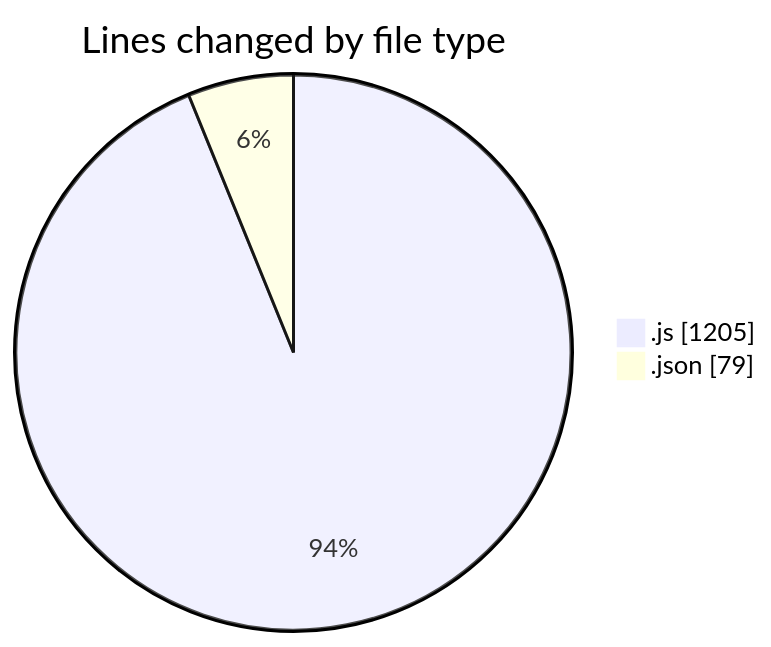
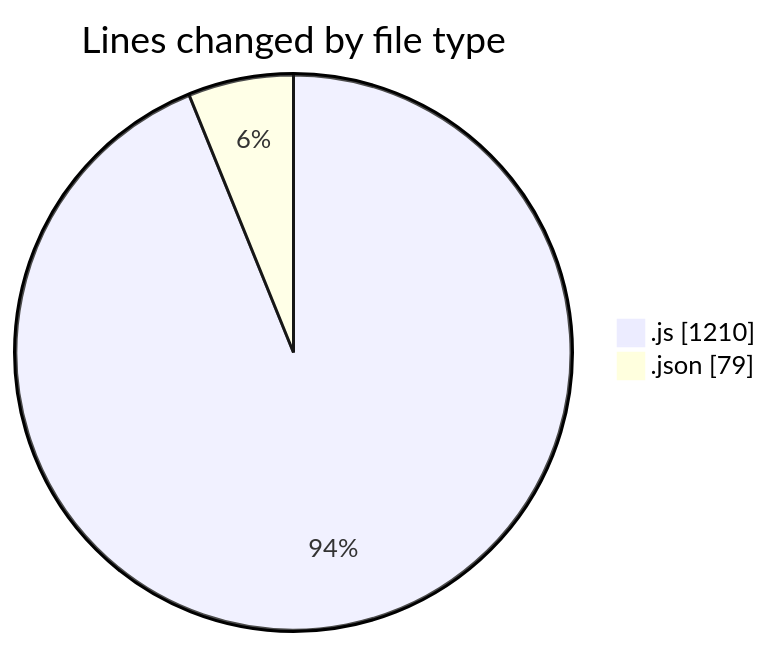
The first of 2 diagrams in 2025-01-31/cda/README.md (momahboobian/code-tracking), drawn with Mermaid before and after one commit. The commit also changed other lines of this file and 1 other file, not shown here.

````diff
--- a/2025-01-31/cda/README.md
+++ b/2025-01-31/cda/README.md
@@ -27,6 +27,6 @@
 ```mermaid
 pie showData
 title Lines changed by file type
-".js" : 1205
+".js" : 1210
 ".json" : 79
 ```
````
